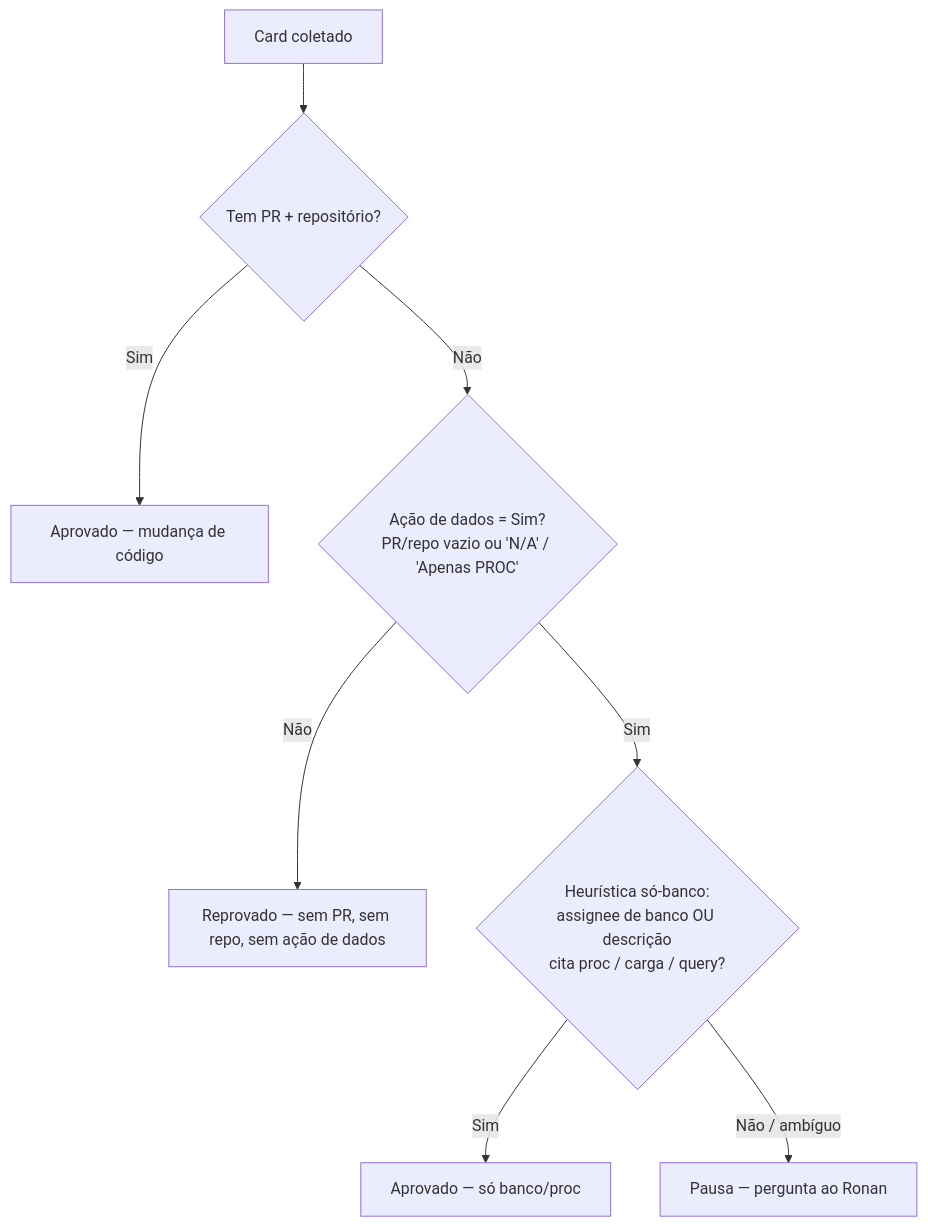
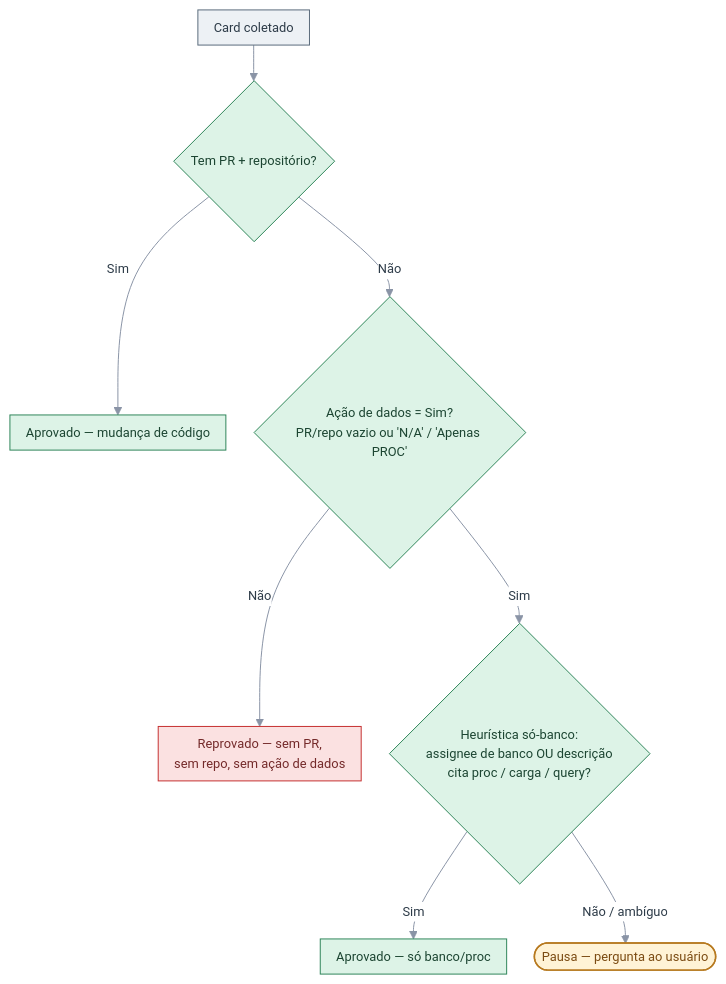
One commit to BertoRcsb/workflow-automation-management changed the diagram in docs/diagramas/07-regra-elegibilidade.mmd. Above: the diagram before and after it, drawn with Mermaid. The commit also changed 57 other files, not shown here.

First line of the commit message:
docs: replace approver name with 'usuário' and restyle all diagrams

```diff
--- a/docs/diagramas/07-regra-elegibilidade.mmd
+++ b/docs/diagramas/07-regra-elegibilidade.mmd
@@ -1,8 +1,14 @@
+%%{init: {"theme":"base","themeVariables":{"fontFamily":"Segoe UI, Helvetica, Arial, sans-serif","fontSize":"13px","lineColor":"#8A94A6","primaryColor":"#EDF1F5","primaryBorderColor":"#5A6B7B","primaryTextColor":"#2D3B48","clusterBkg":"#FAFBFC","clusterBorder":"#D5DBE3","edgeLabelBackground":"#FFFFFF"},"flowchart":{"curve":"basis","nodeSpacing":28,"rankSpacing":36,"padding":8}}}%%
 flowchart TD
-    C["Card coletado"] --> Q1{"Tem PR + repositório?"}
-    Q1 -->|Sim| A["Aprovado — mudança de código"]
-    Q1 -->|Não| Q2{"Ação de dados = Sim?<br>PR/repo vazio ou 'N/A' / 'Apenas PROC'"}
-    Q2 -->|Não| Rp["Reprovado — sem PR, sem repo, sem ação de dados"]
-    Q2 -->|Sim| Q3{"Heurística só-banco:<br>assignee de banco OU descrição<br>cita proc / carga / query?"}
-    Q3 -->|Sim| A2["Aprovado — só banco/proc"]
-    Q3 -->|"Não / ambíguo"| P["Pausa — pergunta ao Ronan"]
+    C["Card coletado"]:::io --> Q1{"Tem PR + repositório?"}:::det
+    Q1 -->|Sim| A["Aprovado — mudança de código"]:::det
+    Q1 -->|Não| Q2{"Ação de dados = Sim?<br>PR/repo vazio ou 'N/A' / 'Apenas PROC'"}:::det
+    Q2 -->|Não| Rp["Reprovado — sem PR,<br>sem repo, sem ação de dados"]:::alerta
+    Q2 -->|Sim| Q3{"Heurística só-banco:<br>assignee de banco OU descrição<br>cita proc / carga / query?"}:::det
+    Q3 -->|Sim| A2["Aprovado — só banco/proc"]:::det
+    Q3 -->|"Não / ambíguo"| P(["Pausa — pergunta ao usuário"]):::humano
+    classDef humano fill:#FFF3D6,stroke:#B7791F,color:#7B4B12,stroke-width:1.5px
+    classDef llm fill:#E8ECFB,stroke:#4C5FD5,color:#2A3577
+    classDef det fill:#DDF3E7,stroke:#2F855A,color:#1C4532
+    classDef io fill:#EDF1F5,stroke:#5A6B7B,color:#2D3B48
+    classDef alerta fill:#FBE1E1,stroke:#C53030,color:#742A2A
```
